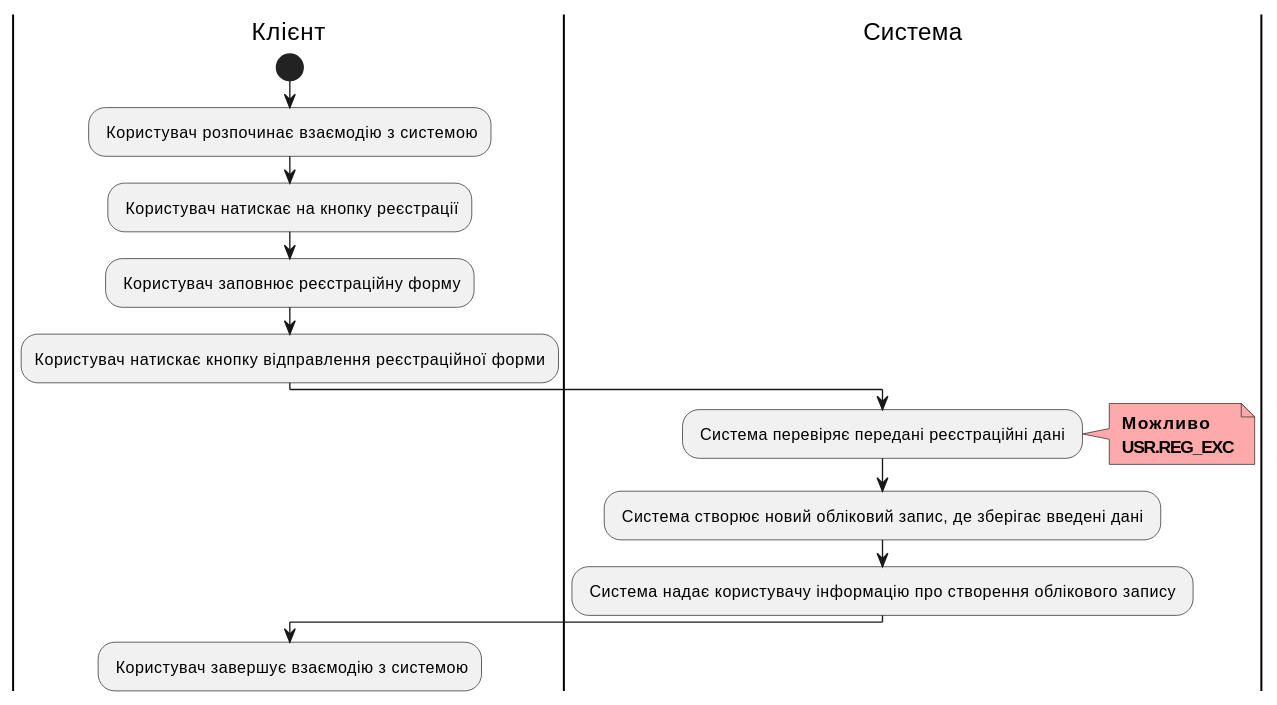
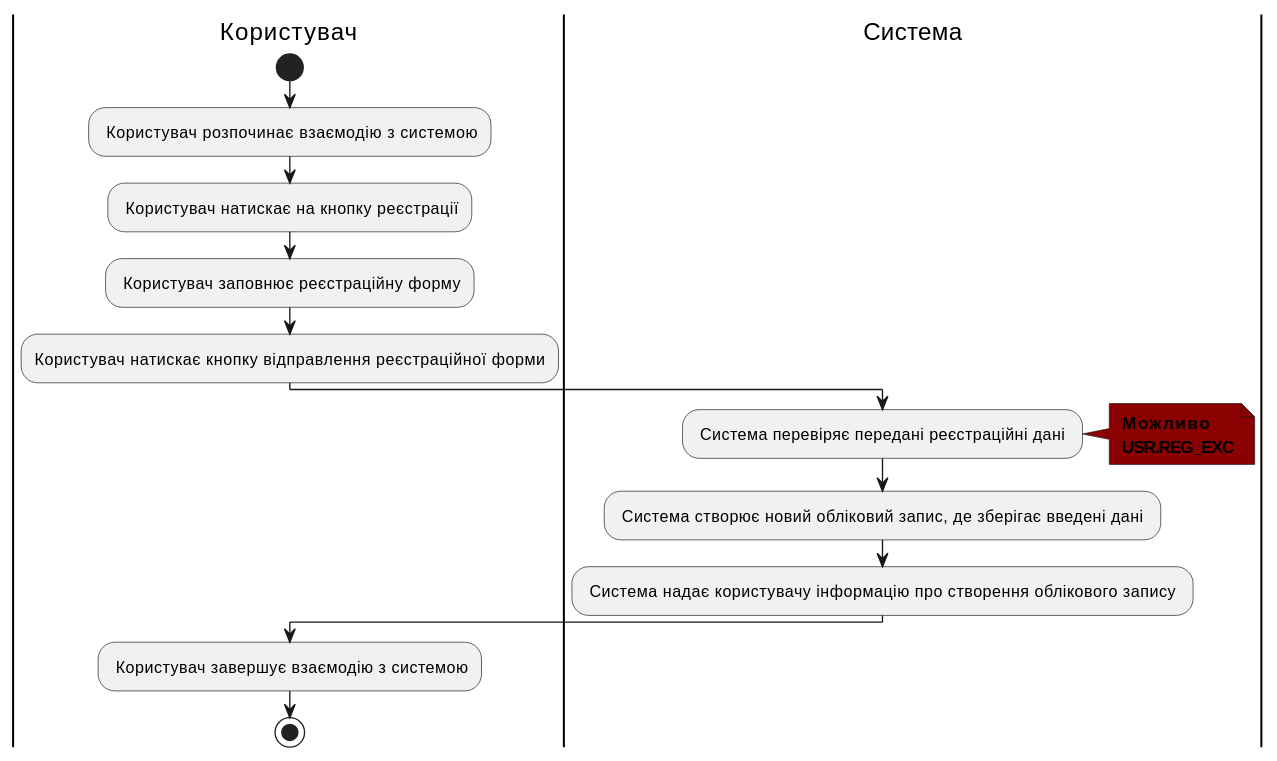
One commit to Stik27/content_analysis_project changed the first of 5 diagrams in docs/use cases/README.md. Above: the diagram before and after it, drawn with PlantUML. The commit also changed other lines of this file, not shown here.

```diff
--- a/docs/use cases/README.md
+++ b/docs/use cases/README.md
@@ -34,21 +24,21 @@
 @startuml
 
-    |Клієнт|
+     |Користувач|
         start
         : Користувач розпочинає взаємодію з системою;
         : Користувач натискає на кнопку реєстрації;
         : Користувач заповнює реєстраційну форму;
         :Користувач натискає кнопку відправлення реєстраційної форми;
     |Система|
         : Система перевіряє передані реєстраційні дані ;
-        note right #ffaaaa
+        note right #8B0000
         <b> Можливо
         <b> USR.REG_EXС
         end note
         : Система створює новий обліковий запис, де зберігає введені дані ;
         : Система надає користувачу інформацію про створення облікового запису ;
-    |Клієнт|
+    |Користувач|
         : Користувач завершує взаємодію з системою;
-    |Клієнт|
+        stop;
 
 @enduml
```
